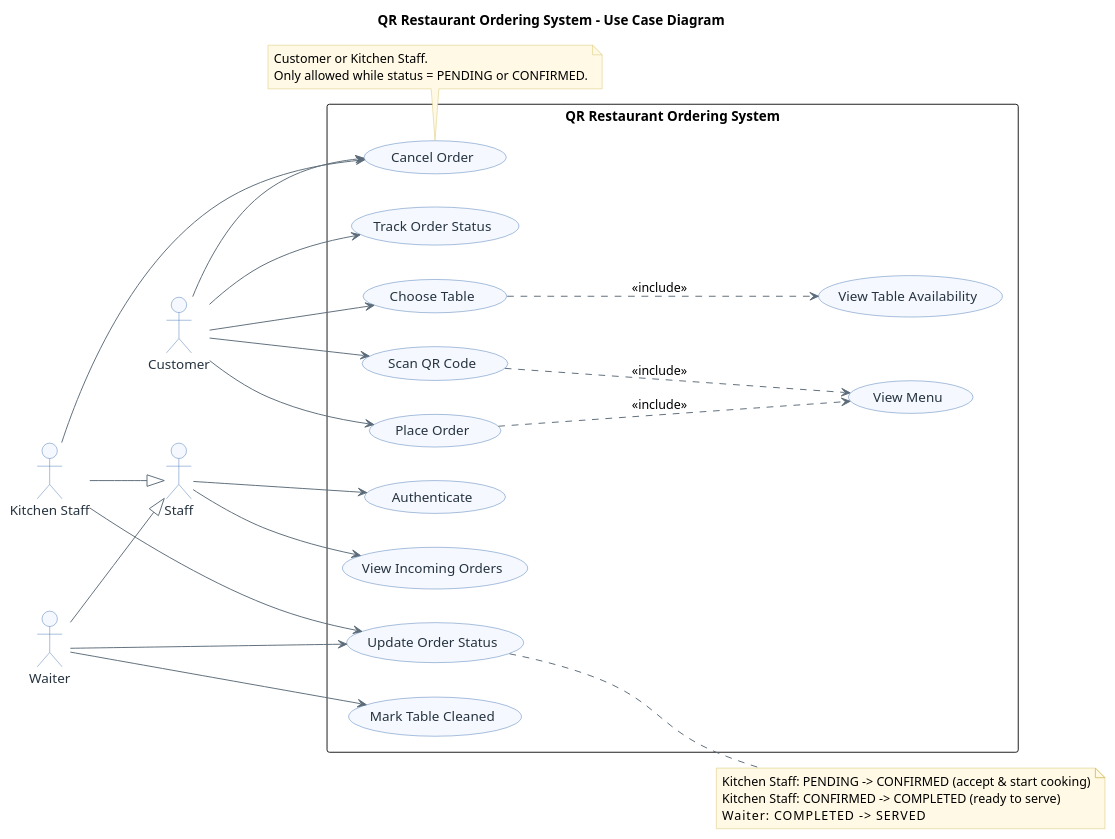
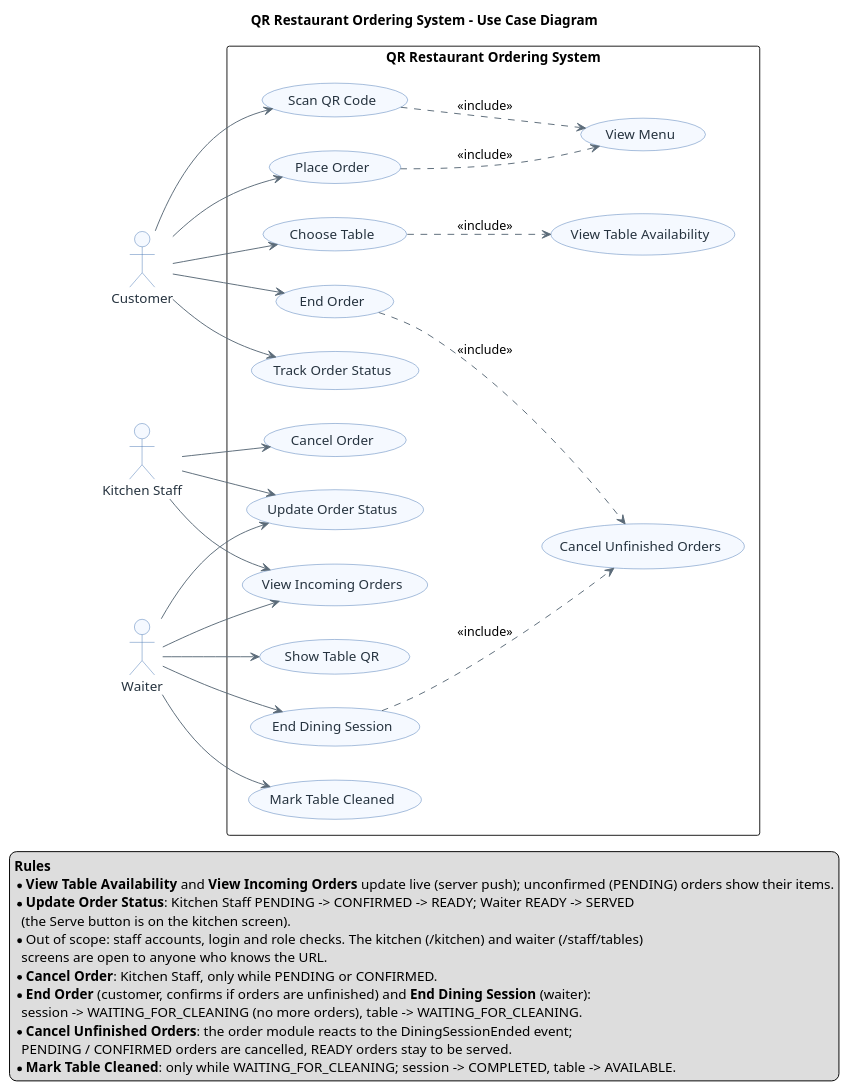
One commit to zawnaylin/gisma-advance-programming-assessment changed the diagram in docs/use-case.puml. Above: the diagram before and after it, drawn with PlantUML. The commit also changed 173 other files, not shown here.

```diff
--- a/docs/use-case.puml
+++ b/docs/use-case.puml
@@ -1,86 +1,96 @@
 @startuml use-case
 title QR Restaurant Ordering System - Use Case Diagram
 
 left to right direction
 skinparam shadowing false
 skinparam packageStyle rectangle
 skinparam usecase {
   BackgroundColor #F5F9FF
   BorderColor #4A78B5
   ArrowColor #5B6B79
   FontColor #26333F
 }
 skinparam actor {
   BorderColor #4A78B5
   BackgroundColor #F5F9FF
   FontColor #26333F
 }
 skinparam note {
   BackgroundColor #FFF9E6
   BorderColor #D8C46A
 }
 
 actor Customer as c
-actor Staff as staff
 actor "Kitchen Staff" as ks
 actor Waiter as w
-
-ks --|> staff
-w --|> staff
 
 rectangle "QR Restaurant Ordering System" {
 
   ' -- dining flow --
   usecase "Choose Table"            as choose_table
   usecase "View Table Availability" as view_table
   usecase "Scan QR Code"            as scan_qr
   usecase "View Menu"               as view_menu
   usecase "Place Order"             as place_order
   usecase "Track Order Status"      as track_order
+  usecase "End Order"               as end_order
 
-  ' -- staff flow --
-  usecase "Authenticate"            as authenticate
+  ' -- kitchen flow --
   usecase "View Incoming Orders"    as view_orders
   usecase "Update Order Status"     as update_status
   usecase "Cancel Order"            as cancel_order
 
   ' -- table lifecycle --
+  usecase "Show Table QR"           as show_qr
+  usecase "End Dining Session"      as end_session
   usecase "Mark Table Cleaned"      as clean_table
+
+  ' -- system --
+  usecase "Cancel Unfinished Orders" as cancel_unfinished
 }
 
-' keep customer on the left, staff on the right
-c -[hidden]right- staff
+' keep customer on the left, kitchen staff and waiter on the right
+c -[hidden]right- ks
 
 ' ---- customer flow ----
 c --> choose_table
 choose_table ..> view_table : <<include>>
 
 c --> scan_qr
 scan_qr ..> view_menu : <<include>>
 
 c --> place_order
 place_order ..> view_menu : <<include>>
 
 c --> track_order
-c --> cancel_order
+c --> end_order
+end_order ..> cancel_unfinished : <<include>>
 
-' ---- staff flow ----
-staff --> authenticate
-staff --> view_orders
+' ---- kitchen staff and waiter flow ----
+ks --> view_orders
+w --> view_orders
 ks --> update_status
 w --> update_status
 ks --> cancel_order
+
+w --> show_qr
+w --> end_session
+end_session ..> cancel_unfinished : <<include>>
 w --> clean_table
 
-note right of update_status
-  Kitchen Staff: PENDING -> CONFIRMED (accept & start cooking)
-  Kitchen Staff: CONFIRMED -> COMPLETED (ready to serve)
-  Waiter:        COMPLETED -> SERVED
-end note
-
-note bottom of cancel_order
-  Customer or Kitchen Staff.
-  Only allowed while status = PENDING or CONFIRMED.
-end note
+legend bottom
+  <b>Rules</b>
+  * <b>View Table Availability</b> and <b>View Incoming Orders</b> update live (server push); unconfirmed (PENDING) orders show their items.
+  * <b>Update Order Status</b>: Kitchen Staff PENDING -> CONFIRMED -> READY; Waiter READY -> SERVED
+    (the Serve button is on the kitchen screen).
+  * Out of scope: staff accounts, login and role checks. The kitchen (/kitchen) and waiter (/staff/tables)
+    screens are open to anyone who knows the URL.
+  * <b>Cancel Order</b>: Kitchen Staff, only while PENDING or CONFIRMED.
+  * <b>End Order</b> (customer, confirms if orders are unfinished) and <b>End Dining Session</b> (waiter):
+    session -> WAITING_FOR_CLEANING (no more orders), table -> WAITING_FOR_CLEANING.
+  * <b>Cancel Unfinished Orders</b>: the order module reacts to the DiningSessionEnded event;
+    PENDING / CONFIRMED orders are cancelled, READY orders stay to be served.
+  * <b>Mark Table Cleaned</b>: only while WAITING_FOR_CLEANING; session -> COMPLETED, table -> AVAILABLE.
+endlegend
 
 @enduml
```
